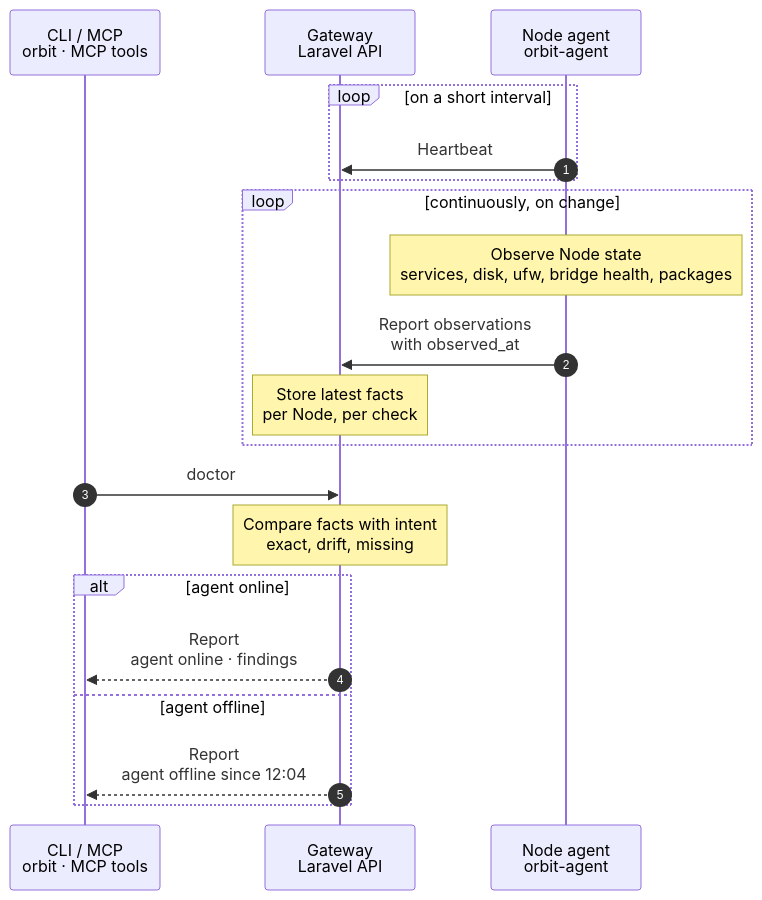
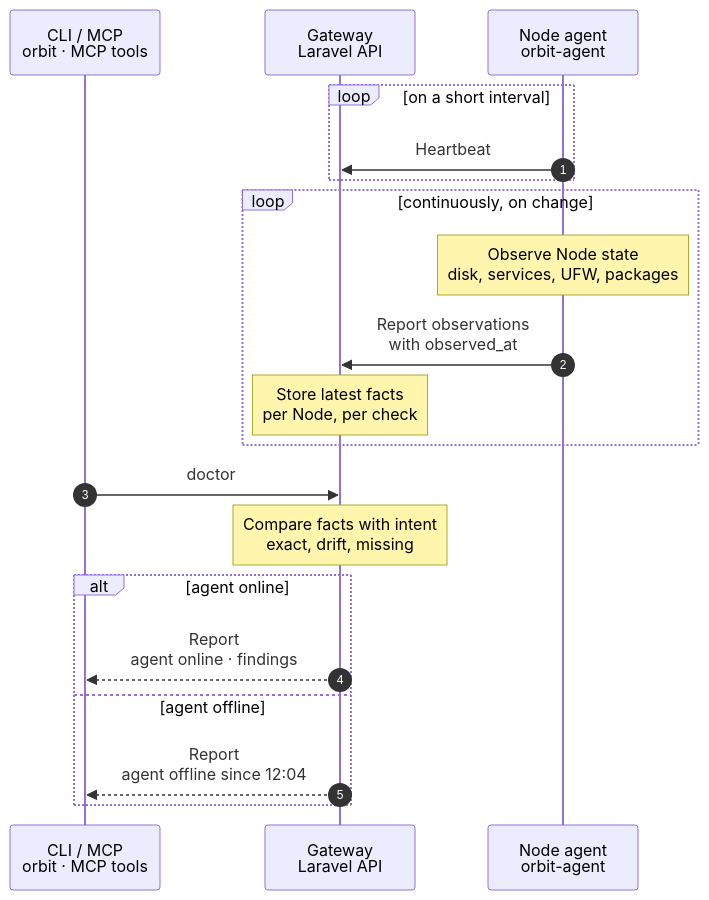
One commit to hardimpactdev/orbit changed the diagram in docs/cli/doctor/doctor.mmd. Above: the diagram before and after it, drawn with Mermaid. The commit also changed 23 other files, not shown here.

```diff
--- a/docs/cli/doctor/doctor.mmd
+++ b/docs/cli/doctor/doctor.mmd
@@ -1,51 +1,51 @@
 sequenceDiagram
   %% Target design: Nick 2026-11-01, liveness 2026-11-02. Only the Node agent collects facts; doctor reads Gateway state. No Swamp run, no SSH (R1).
   %% status: reviewed
   %% command: doctor
   %% kind: doctor.inspect
   autonumber
   %% lane CLI icon=terminal pill=caller tone=gray
   %% lane GW icon=gateway pill=intent tone=blue
   %% lane A icon=server pill=observer tone=amber
   participant CLI as CLI / MCP<br/>orbit · MCP tools
   participant GW as Gateway<br/>Laravel API
   participant A as Node agent<br/>orbit-agent
   loop on a short interval
     A->>GW: Heartbeat
     %%> Result:
     %%> - the Gateway marks the Node online
     %%> - when heartbeats stop, it marks the Node offline, shown in the web dashboard and in node:list and node:show
   end
   loop continuously, on change
-    Note over A: Observe Node state<br/>services, disk, ufw, bridge health, packages
+    Note over A: Observe Node state<br/>disk, services, UFW, packages
     A->>GW: Report observations<br/>with observed_at
     %%> How:
     %%> - at start, on change, and on recurring confirmation
     %%> - a report the Gateway does not accept is sent again after 1, 2 and 4 seconds, and then every 4 seconds until it is accepted
     %%> - the same holds for the request that asks what to watch
     %%> Decided by the orchestrator, for Nick's review (2026-11-06, research thread b8654275):
     %%> - a Node that boots before the Gateway answers reported only at its next read, up to a minute later; with a prompt report Doctor was healthy 15.8 s after boot
     Note over GW: Store latest facts<br/>per Node, per check
   end
   CLI->>GW: doctor
   %%> Command:
   %%> - `orbit doctor`
   %%> - syntax: `doctor [--node=ID] [--family=FAMILY] [--json]`
   %%> Input:
   %%> - without filters, checks all accessible registered Nodes and all families
   Note over GW: Compare facts with intent<br/>exact, drift, missing
   %%> Doctor always answers from the Gateway's state:
   %%> - it never starts a run and never SSHes into the Node
   %%> - compare each managed package with its active Tool coordinate or constraint; stale or missing inventory is unverifiable
   alt agent online
     GW-->>CLI: Report<br/>agent online · findings
     %%> Result:
     %%> - first line: agent online
     %%> - then the findings; exit 0 with no drift, 1 with drift
   else agent offline
     GW-->>CLI: Report<br/>agent offline since 12:04
     %%> Result:
     %%> - first line: agent offline since <time>
     %%> - the findings still show, each marked "possibly outdated, agent silent since <time>"
     %%> - a nudge to look at the Node agent first
   end
```
